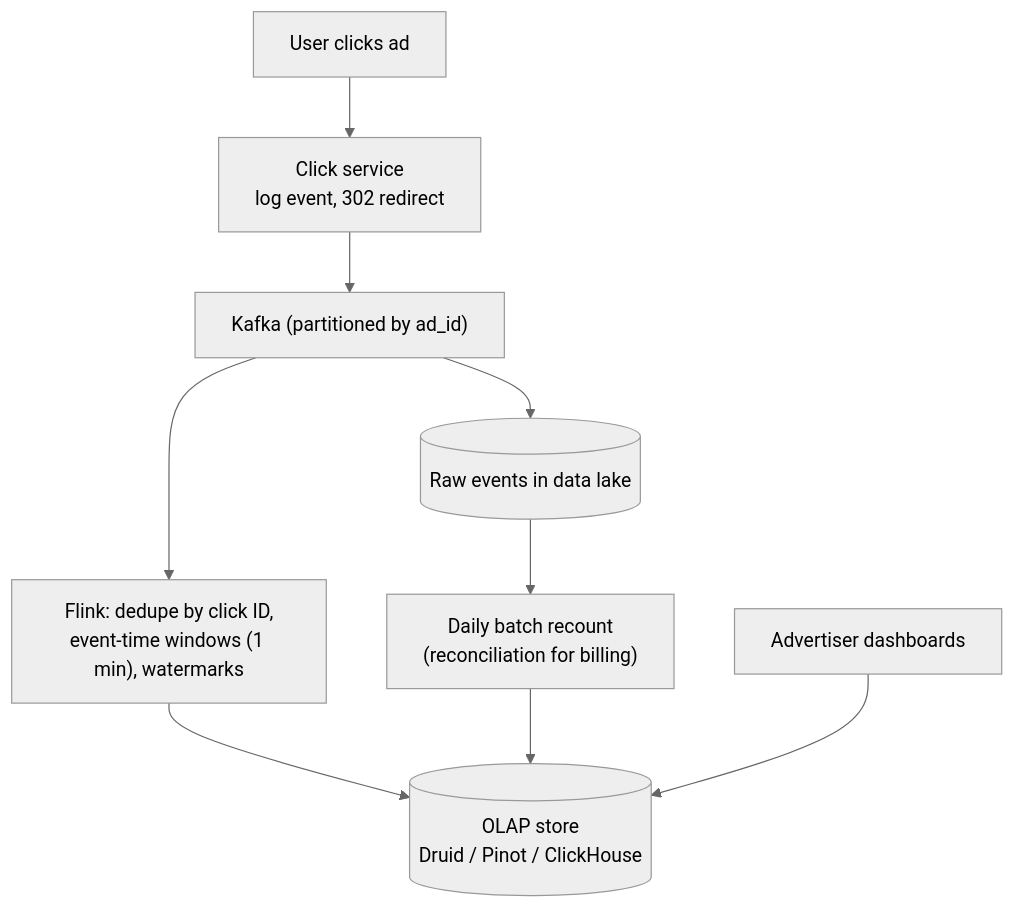
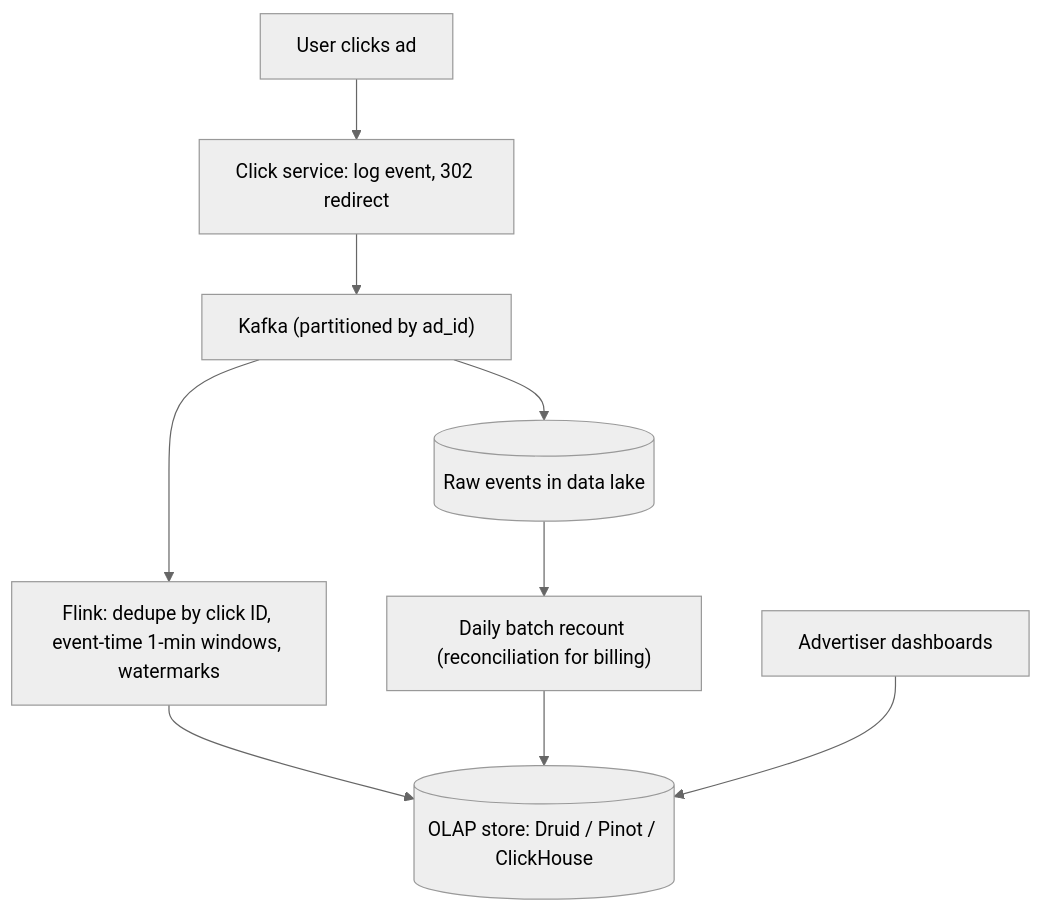
Diagram 16 of 20 in topics/18-designs-location-commerce.md (AkshayAshokCode/System-Design-Interview-Questions-and-Answers), drawn with Mermaid (neutral theme) before and after one commit. The commit also changed other lines of this file and 4 other files, not shown here.

````diff
--- a/topics/18-designs-location-commerce.md
+++ b/topics/18-designs-location-commerce.md
@@ -312,11 +1466,11 @@
 ```mermaid
 flowchart TD
-    U["User clicks ad"] --> CS["Click service<br/>log event, 302 redirect"]
+    U["User clicks ad"] --> CS["Click service: log event, 302 redirect"]
     CS --> K["Kafka (partitioned by ad_id)"]
-    K --> F["Flink: dedupe by click ID,<br/>event-time windows (1 min), watermarks"]
-    F --> OLAP[("OLAP store<br/>Druid / Pinot / ClickHouse")]
+    K --> F["Flink: dedupe by click ID, event-time 1-min windows, watermarks"]
+    F --> OLAP[("OLAP store: Druid / Pinot / ClickHouse")]
     K --> RAW[("Raw events in data lake")]
-    RAW --> BATCH["Daily batch recount<br/>(reconciliation for billing)"]
+    RAW --> BATCH["Daily batch recount (reconciliation for billing)"]
     BATCH --> OLAP
     Q["Advertiser dashboards"] --> OLAP
 ```
````
